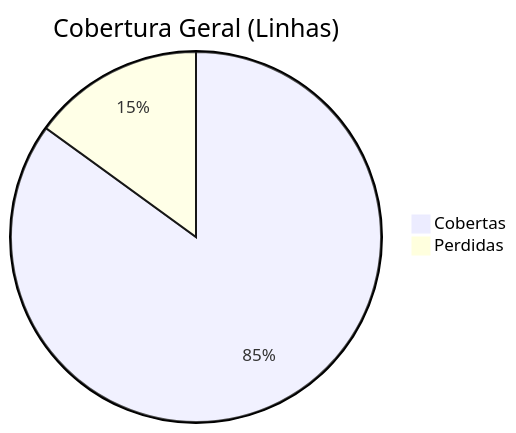
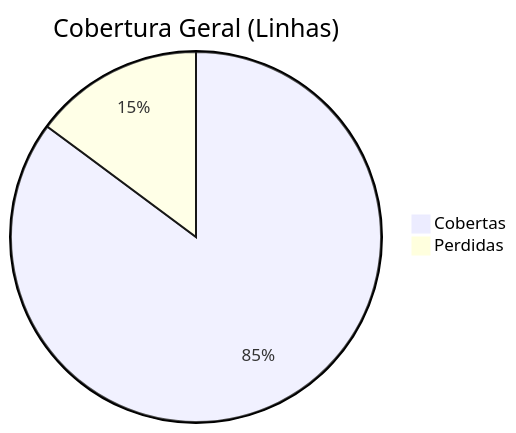
Before and after one commit to Plataforma-Universidade-Gratuita/pug-service: the diagram in coverage_report.md, drawn with Mermaid. The commit also changed other lines of this file and 89 other files, not shown here.

````diff
--- a/coverage_report.md
+++ b/coverage_report.md
@@ -13,5 +68,5 @@
 ```mermaid
 pie title Cobertura Geral (Linhas)
-    "Cobertas" : 4060
-    "Perdidas" : 717
+    "Cobertas" : 4077
+    "Perdidas" : 710
 ```
````
